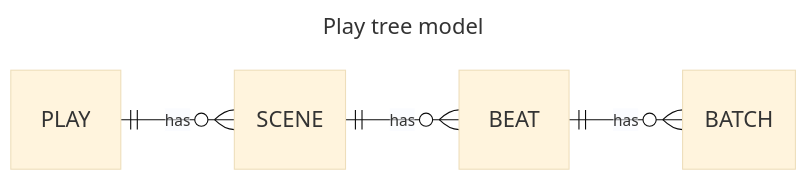
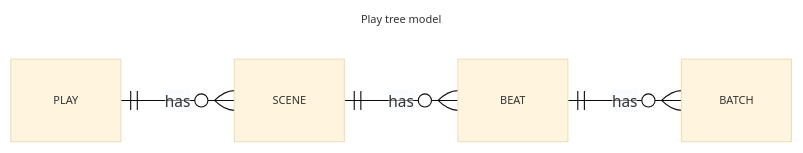
The diagram in README.md (wgedeon/comfyui_play_traversal), drawn with Mermaid before and after one commit.

Commit message:
finetuning mermaid

````diff
--- a/README.md
+++ b/README.md
@@ -41,12 +41,12 @@
 ```mermaid
 ---
 title: Play tree model
 ---
-%%{init: {'theme':'base', 'themeVariables': { 'fontSize': '20px' }}}%%
+%%{init: {'theme':'base', 'themeVariables': { 'fontSize': '10px' }}}%%
 erDiagram
     direction LR
 
     PLAY ||--o{ SCENE : has
     SCENE ||--o{ BEAT : has  
     BEAT ||--o{ BATCH : has
 ```
````
